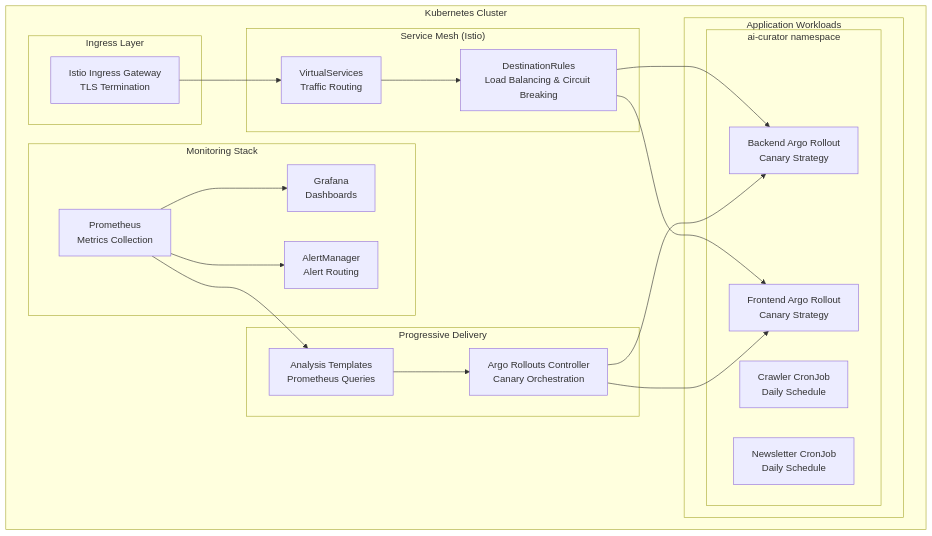
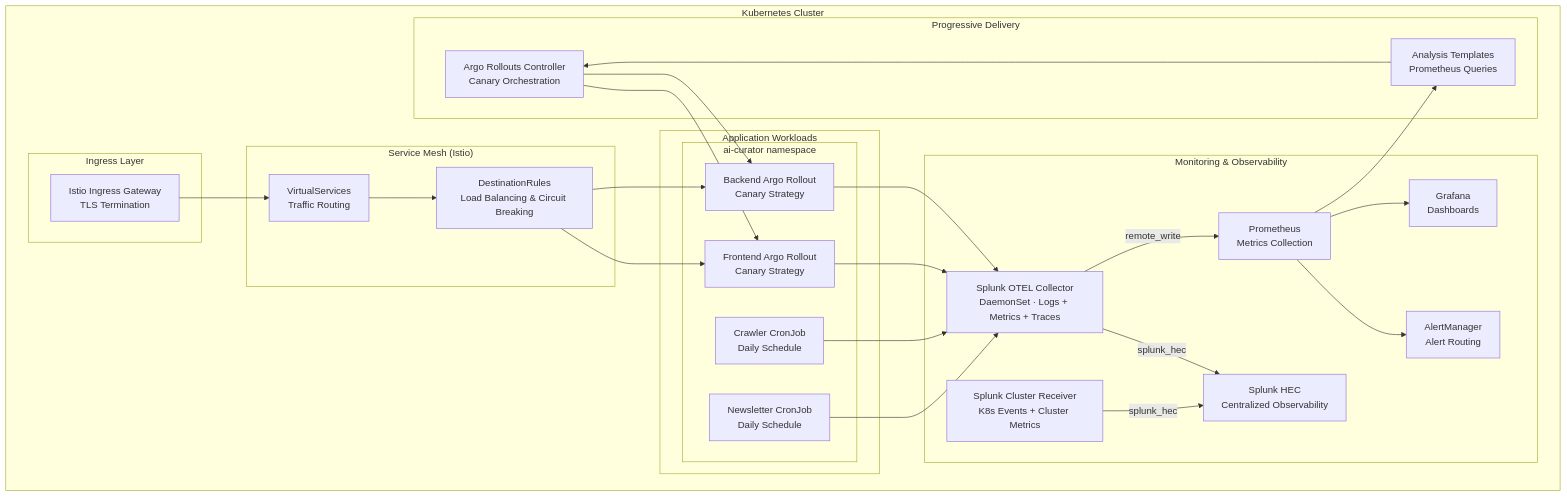
One commit to hoangsonww/AI-Gov-Content-Curator changed the sixth of 23 diagrams in ARCHITECTURE.md. Above: the diagram before and after it, drawn with Mermaid. The commit also changed other lines of this file and 40 other files, not shown here.

First line of the commit message:
docs: add Splunk/OTEL to README, ARCHITECTURE, DEPLOYMENT with Mermaid diagrams

````diff
--- a/ARCHITECTURE.md
+++ b/ARCHITECTURE.md
@@ -439,44 +467,54 @@
 ```mermaid
 graph TB
     subgraph Cluster["Kubernetes Cluster"]
         subgraph Ingress["Ingress Layer"]
             IstioGW[Istio Ingress Gateway<br/>TLS Termination]
         end
 
         subgraph ServiceMesh["Service Mesh (Istio)"]
             VS[VirtualServices<br/>Traffic Routing]
             DR[DestinationRules<br/>Load Balancing & Circuit Breaking]
         end
 
         subgraph Workloads["Application Workloads"]
             subgraph ArgoNS["ai-curator namespace"]
                 BackendRollout[Backend Argo Rollout<br/>Canary Strategy]
                 FrontendRollout[Frontend Argo Rollout<br/>Canary Strategy]
                 CrawlerCron[Crawler CronJob<br/>Daily Schedule]
                 NewsletterCron[Newsletter CronJob<br/>Daily Schedule]
             end
         end
 
-        subgraph Monitoring["Monitoring Stack"]
+        subgraph Monitoring["Monitoring & Observability"]
             Prometheus[Prometheus<br/>Metrics Collection]
             Grafana[Grafana<br/>Dashboards]
             AlertManager[AlertManager<br/>Alert Routing]
+            SplunkOTEL[Splunk OTEL Collector<br/>DaemonSet · Logs + Metrics + Traces]
+            SplunkClusterRx[Splunk Cluster Receiver<br/>K8s Events + Cluster Metrics]
+            SplunkHEC[Splunk HEC<br/>Centralized Observability]
         end
 
         subgraph Progressive["Progressive Delivery"]
             ArgoRollouts[Argo Rollouts Controller<br/>Canary Orchestration]
             AnalysisTemplates[Analysis Templates<br/>Prometheus Queries]
         end
     end
 
     IstioGW --> VS
     VS --> DR
     DR --> BackendRollout
     DR --> FrontendRollout
     ArgoRollouts --> BackendRollout
     ArgoRollouts --> FrontendRollout
     Prometheus --> AnalysisTemplates
     AnalysisTemplates --> ArgoRollouts
     Prometheus --> Grafana
     Prometheus --> AlertManager
+    BackendRollout --> SplunkOTEL
+    FrontendRollout --> SplunkOTEL
+    CrawlerCron --> SplunkOTEL
+    NewsletterCron --> SplunkOTEL
+    SplunkOTEL -->|splunk_hec| SplunkHEC
+    SplunkOTEL -->|remote_write| Prometheus
+    SplunkClusterRx -->|splunk_hec| SplunkHEC
 ```
````
